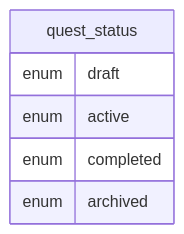
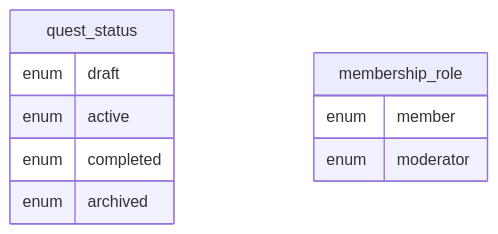
One commit to ccweerasinghe1994/drizzel-lerning-quest-project changed the diagram in README.md. Above: the diagram before and after it, drawn with Mermaid. The commit also changed 4 other files, not shown here.

Commit message:
feat: add quest_status and membership_role enums to schema and update documentation diagrams

````diff
--- a/README.md
+++ b/README.md
@@ -66,9 +66,13 @@
 ```mermaid
 erDiagram
     quest_status {
         enum draft
         enum active
         enum completed
         enum archived
     }
+    membership_role {
+        enum member
+        enum moderator
+    }
 ```
````
